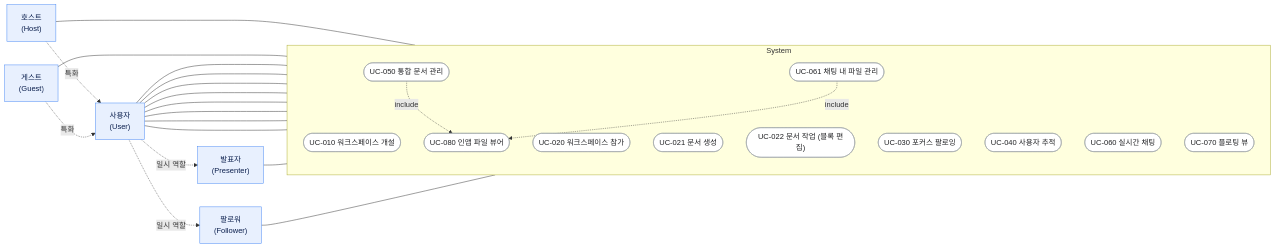
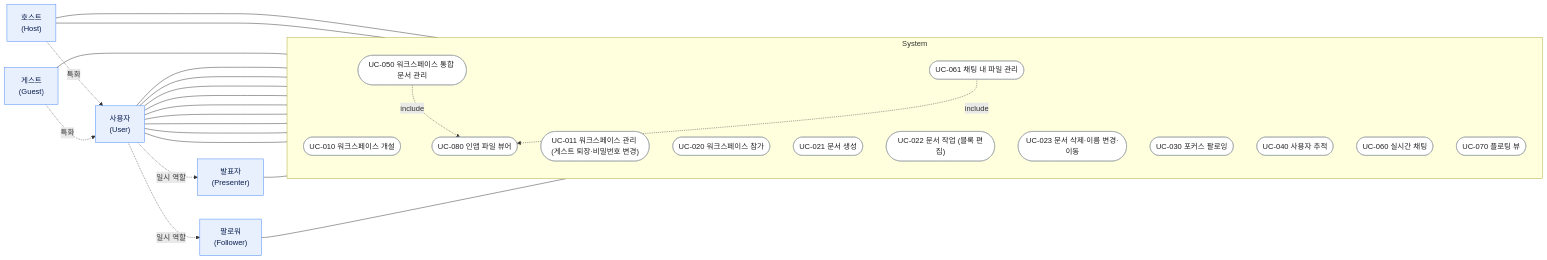
The second of 2 diagrams in docs/SRS-ko.md (CBNU-TeamH/RMF-Block), drawn with Mermaid before and after one commit. The commit also changed other lines of this file and 1 other file, not shown here.

````diff
--- a/docs/SRS-ko.md
+++ b/docs/SRS-ko.md
@@ -536,52 +368,56 @@
 ```mermaid
 flowchart LR
   %% ===== 액터 =====
   User["사용자<br>(User)"]:::actor
   Host["호스트<br>(Host)"]:::actor
   Guest["게스트<br>(Guest)"]:::actor
   Presenter["발표자<br>(Presenter)"]:::actor
   Follower["팔로워<br>(Follower)"]:::actor
 
   %% 액터 일반화(특화) / 일시 역할
   Host -. 특화 .-> User
   Guest -. 특화 .-> User
   User -. 일시 역할 .-> Presenter
   User -. 일시 역할 .-> Follower
 
   %% ===== 시스템 경계 =====
   subgraph SYS["System"]
     direction TB
     UC010(["UC-010 워크스페이스 개설"]):::uc
+    UC011(["UC-011 워크스페이스 관리 (게스트 퇴장·비밀번호 변경)"]):::uc
     UC020(["UC-020 워크스페이스 참가"]):::uc
     UC021(["UC-021 문서 생성"]):::uc
     UC022(["UC-022 문서 작업 (블록 편집)"]):::uc
+    UC023(["UC-023 문서 삭제·이름 변경·이동"]):::uc
     UC030(["UC-030 포커스 팔로잉"]):::uc
     UC040(["UC-040 사용자 추적"]):::uc
-    UC050(["UC-050 통합 문서 관리"]):::uc
+    UC050(["UC-050 워크스페이스 통합 문서 관리"]):::uc
     UC060(["UC-060 실시간 채팅"]):::uc
     UC061(["UC-061 채팅 내 파일 관리"]):::uc
     UC070(["UC-070 플로팅 뷰"]):::uc
     UC080(["UC-080 인앱 파일 뷰어"]):::uc
   end
 
   %% ===== 액터-유즈케이스 연관 =====
   Host --- UC010
+  Host --- UC011
   Guest --- UC020
   User --- UC021
   User --- UC022
+  User --- UC023
   User --- UC040
   User --- UC050
   User --- UC060
   User --- UC061
   User --- UC070
   User --- UC080
   Presenter --- UC030
   Follower --- UC030
 
   %% ===== include =====
   UC050 -. include .-> UC080
   UC061 -. include .-> UC080
 
   classDef actor fill:#e8f0fe,stroke:#4285f4,stroke-width:1px,color:#0b1f4d;
   classDef uc fill:#ffffff,stroke:#9aa0a6,stroke-width:1px,color:#202124;
 ```
````
